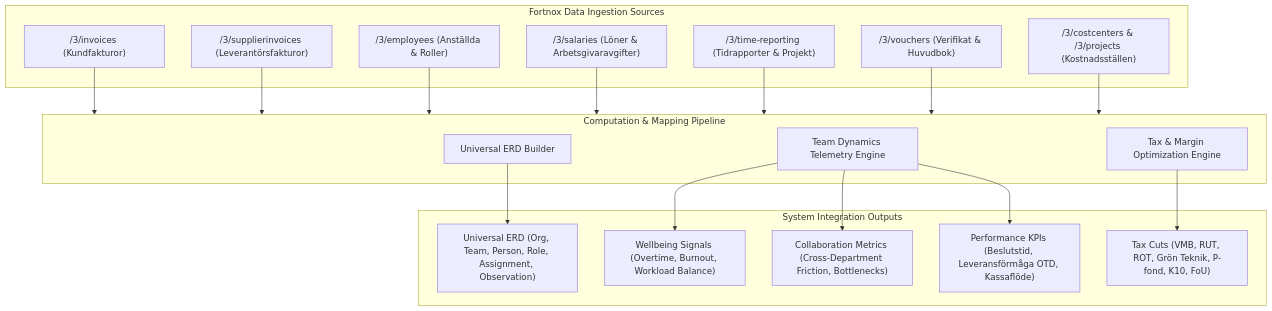
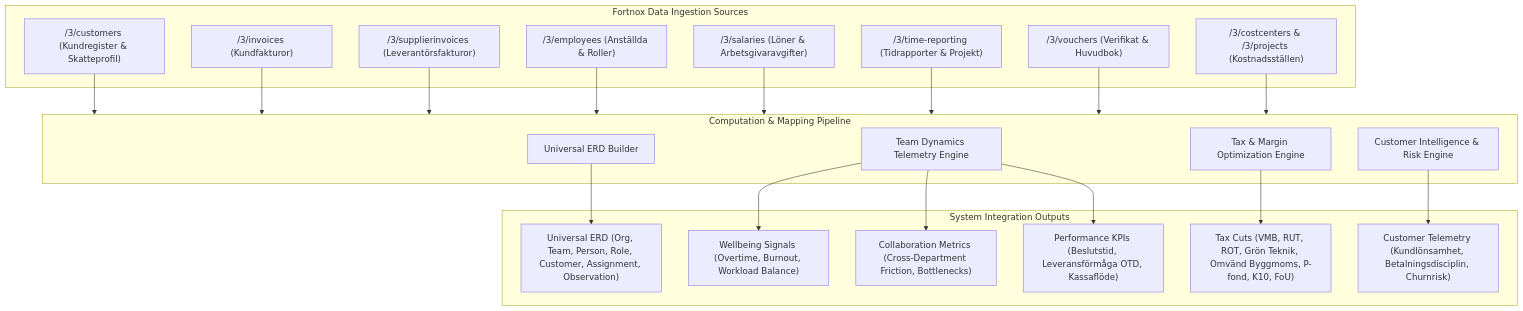
One commit to davlindh/bart changed the diagram in specs/05_FORTNOX_COMPUTATION_SPEC.md. Above: the diagram before and after it, drawn with Mermaid. The commit also changed other lines of this file and 9 other files, not shown here.

Commit message:
feat: initialize BART Omnipod core architecture, including frontend application controller, server API, Fortnox integration models, and spatial visualization components

````diff
--- a/specs/05_FORTNOX_COMPUTATION_SPEC.md
+++ b/specs/05_FORTNOX_COMPUTATION_SPEC.md
@@ -10,31 +10,35 @@
 ```mermaid
 graph TD
     subgraph FN["Fortnox Data Ingestion Sources"]
+        F0["/3/customers (Kundregister & Skatteprofil)"]
         F1["/3/invoices (Kundfakturor)"]
         F2["/3/supplierinvoices (Leverantörsfakturor)"]
         F3["/3/employees (Anställda & Roller)"]
         F4["/3/salaries (Löner & Arbetsgivaravgifter)"]
         F5["/3/time-reporting (Tidrapporter & Projekt)"]
         F6["/3/vouchers (Verifikat & Huvudbok)"]
         F7["/3/costcenters & /3/projects (Kostnadsställen)"]
     end
 
     subgraph MAP["Computation & Mapping Pipeline"]
         M1["Universal ERD Builder"]
         M2["Team Dynamics Telemetry Engine"]
         M3["Tax & Margin Optimization Engine"]
+        M4["Customer Intelligence & Risk Engine"]
     end
 
     subgraph OUT["System Integration Outputs"]
-        O1["Universal ERD (Org, Team, Person, Role, Assignment, Observation)"]
+        O1["Universal ERD (Org, Team, Person, Role, Customer, Assignment, Observation)"]
         O2["Wellbeing Signals (Overtime, Burnout, Workload Balance)"]
         O3["Collaboration Metrics (Cross-Department Friction, Bottlenecks)"]
         O4["Performance KPIs (Beslutstid, Leveransförmåga OTD, Kassaflöde)"]
-        O5["Tax Cuts (VMB, RUT, ROT, Grön Teknik, P-fond, K10, FoU)"]
+        O5["Tax Cuts (VMB, RUT, ROT, Grön Teknik, Omvänd Byggmoms, P-fond, K10, FoU)"]
+        O6["Customer Telemetry (Kundlönsamhet, Betalningsdisciplin, Churnrisk)"]
     end
 
-    F1 & F2 & F3 & F4 & F5 & F6 & F7 --> MAP
+    F0 & F1 & F2 & F3 & F4 & F5 & F6 & F7 --> MAP
     M1 --> O1
     M2 --> O2 & O3 & O4
     M3 --> O5
+    M4 --> O6
 ```
````
